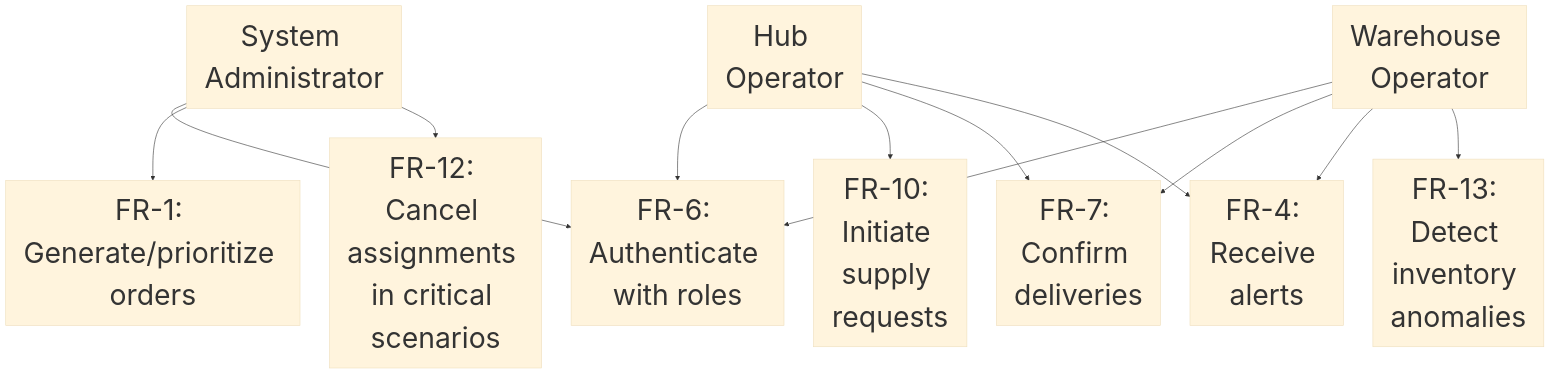
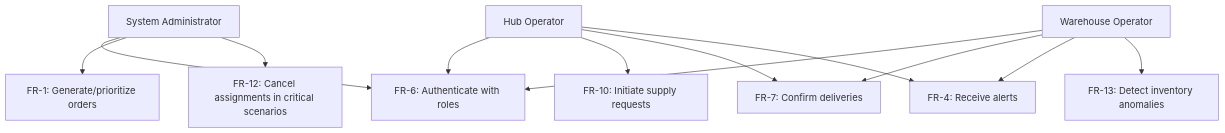
The first of 2 diagrams in README.md (valentinezequiel/asdsad), drawn with Mermaid before and after one commit.

````diff
--- a/README.md
+++ b/README.md
@@ -1,19 +1,26 @@
 ```mermaid
-%%{init: {'theme': 'base', 'themeVariables': { 'background': '#ffffff', 'lineColor': '#333333', 'fontSize': '48px' }}}%%
+%%{init: {'theme': 'base', 'themeVariables': { 
+  'background': '#000000',       /* dark background */
+  'lineColor': '#ffffff',        /* default line color */
+  'defaultLinkColor': '#ffffff', /* edge/link color */
+  'primaryBorderColor': '#ffffff', /* node borders */
+  'secondaryBorderColor': '#ffffff',
+  'fontSize': '48px'
+}}}%%
 flowchart TD
     A[System Administrator] --> FR6[FR-6: Authenticate with roles]
     A --> FR1[FR-1: Generate/prioritize orders]
     A --> FR12[FR-12: Cancel assignments in critical scenarios]
     
     O[Hub Operator] --> FR6
     O --> FR10[FR-10: Initiate supply requests]
     O --> FR7[FR-7: Confirm deliveries]
     O --> FR4[FR-4: Receive alerts]
     
     W[Warehouse Operator] --> FR6
     W --> FR7
     W --> FR4
     W --> FR13[FR-13: Detect inventory anomalies]
 
     
 ```
````
